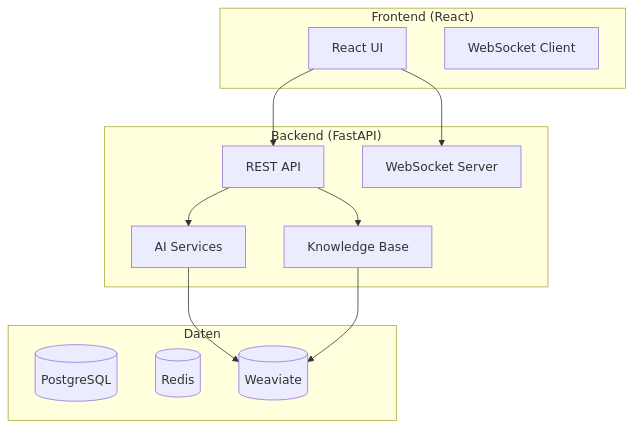
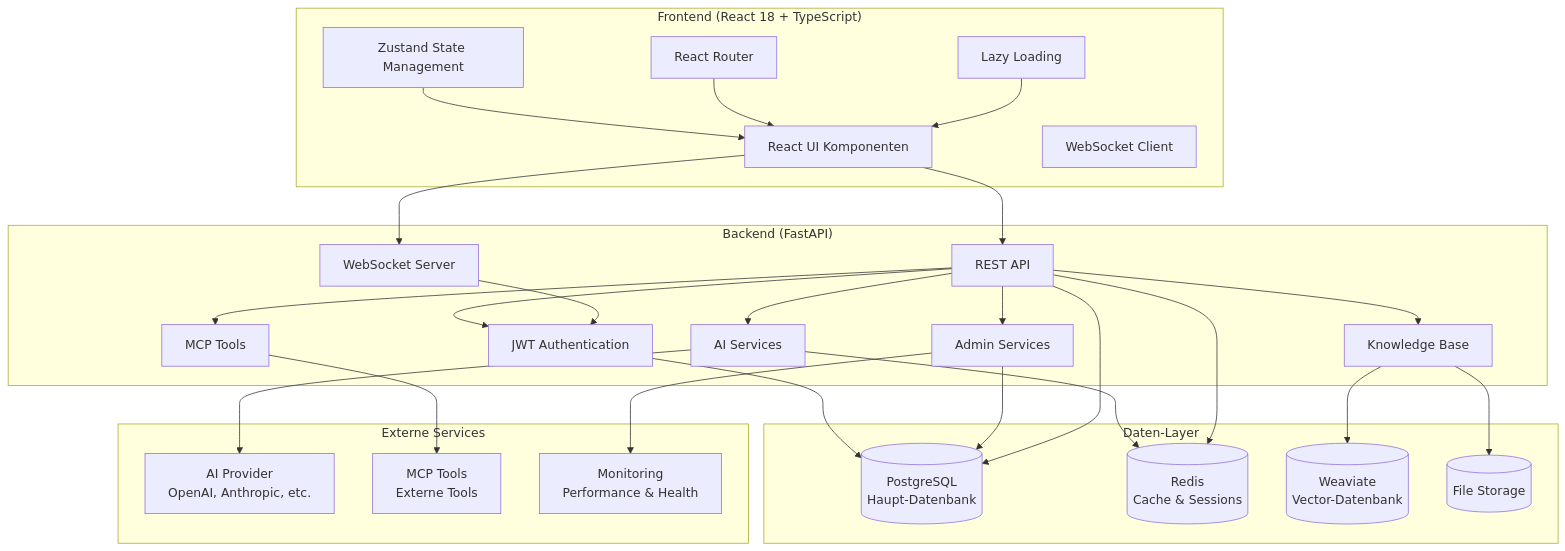
Before and after one commit to ConvoSphere/ConvoSphere: the diagram in docs/de/index.md, drawn with Mermaid. The commit also changed other lines of this file and 3 other files, not shown here.

````diff
--- a/docs/de/index.md
+++ b/docs/de/index.md
@@ -76,27 +126,58 @@
 ```mermaid
 graph TB
-    subgraph "Frontend (React)"
-        UI[React UI]
+    subgraph "Frontend (React 18 + TypeScript)"
+        UI[React UI Komponenten]
         WS[WebSocket Client]
+        State[Zustand State Management]
+        Router[React Router]
+        Lazy[Lazy Loading]
     end
     
     subgraph "Backend (FastAPI)"
         API[REST API]
         WS_Server[WebSocket Server]
+        Auth[JWT Authentication]
         AI[AI Services]
         KB[Knowledge Base]
+        Tools[MCP Tools]
+        Admin[Admin Services]
     end
     
-    subgraph "Daten"
-        PG[(PostgreSQL)]
-        Redis[(Redis)]
-        Weaviate[(Weaviate)]
+    subgraph "Daten-Layer"
+        PG[(PostgreSQL<br/>Haupt-Datenbank)]
+        Redis[(Redis<br/>Cache & Sessions)]
+        Weaviate[(Weaviate<br/>Vector-Datenbank)]
+        Storage[(File Storage)]
+    end
+    
+    subgraph "Externe Services"
+        AI_Providers[AI Provider<br/>OpenAI, Anthropic, etc.]
+        MCP_Tools[MCP Tools<br/>Externe Tools]
+        Monitor[Monitoring<br/>Performance & Health]
     end
     
     UI --> API
     UI --> WS_Server
+    State --> UI
+    Router --> UI
+    Lazy --> UI
+    
+    API --> Auth
     API --> AI
     API --> KB
-    AI --> Weaviate
+    API --> Tools
+    API --> Admin
+    WS_Server --> Auth
+    
+    Auth --> PG
+    AI --> AI_Providers
+    AI --> Redis
     KB --> Weaviate
+    KB --> Storage
+    Tools --> MCP_Tools
+    Admin --> PG
+    Admin --> Monitor
+    
+    API --> PG
+    API --> Redis
 ```
````
